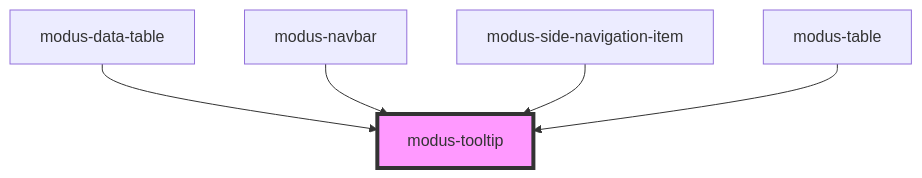
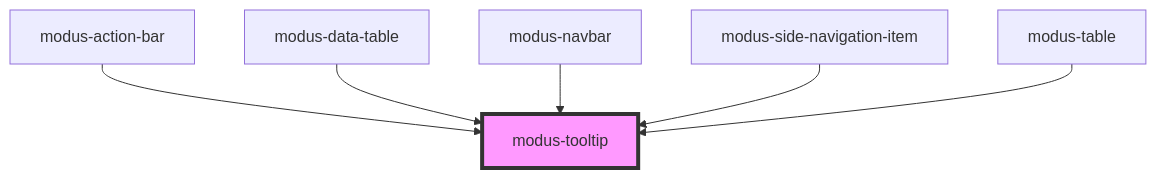
One commit to trimble-oss/modus-web-components changed the diagram in stencil-workspace/src/components/modus-tooltip/readme.md. Above: the diagram before and after it, drawn with Mermaid. The commit also changed other lines of this file and 13 other files, not shown here.

````diff
--- a/stencil-workspace/src/components/modus-tooltip/readme.md
+++ b/stencil-workspace/src/components/modus-tooltip/readme.md
@@ -28,8 +29,9 @@
 ```mermaid
 graph TD;
+  modus-action-bar --> modus-tooltip
   modus-data-table --> modus-tooltip
   modus-navbar --> modus-tooltip
   modus-side-navigation-item --> modus-tooltip
   modus-table --> modus-tooltip
   style modus-tooltip fill:#f9f,stroke:#333,stroke-width:4px
 ```
````
